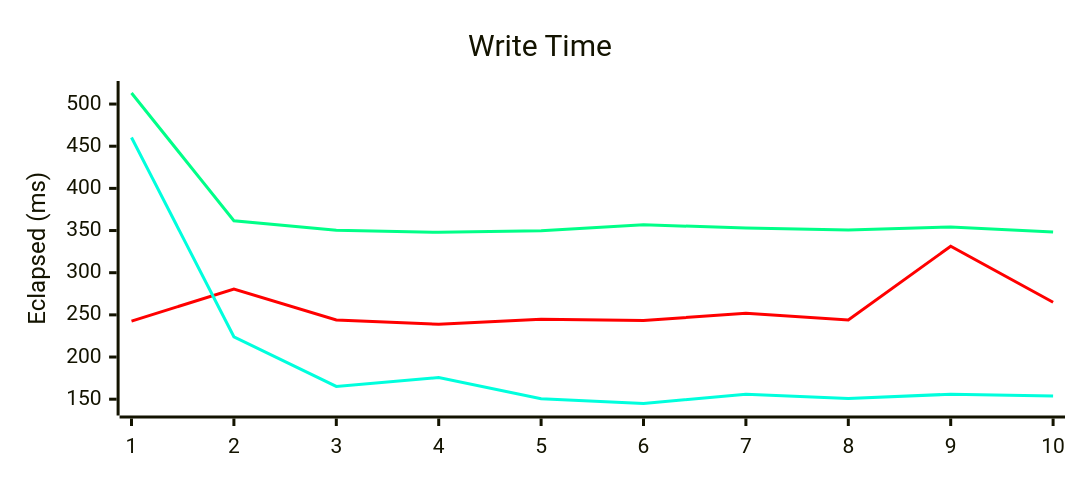
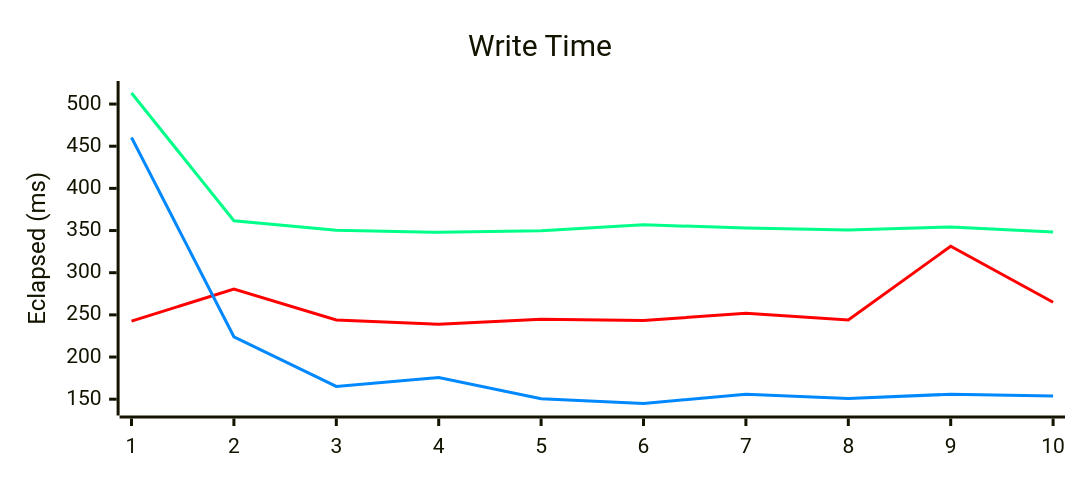
Before and after one commit to RDCN-Community-Developers/RhythmToolkit: the third of 3 diagrams in README.md, drawn with Mermaid. The commit also changed other lines of this file and 1 other file, not shown here.

````diff
--- a/README.md
+++ b/README.md
@@ -100,19 +100,19 @@
 ```mermaid
 ---
 config:
     xyChart:
         height: 300
     themeVariables:
         xyChart:
-            plotColorPalette: '#FF0000, #00FF88, #00FFDD'
+            plotColorPalette: '#FF0000, #00FF88, #0088FF'
 ---
 xychart
   title "Write Time"
     y-axis "Eclapsed (ms)"
     %% RDLE
     line [242.5163, 280.5837, 243.9327, 238.8927, 244.9178, 243.3303, 251.8815, 243.9217, 331.3641, 265.0274]
     %% RDTK .NET Standard 2.0
     line [513.1026, 361.6694, 350.3818, 347.8336, 349.8539, 356.7689, 353.0014, 350.7653, 354.2552, 348.2180]
     %% RDTK .NET 8.0
     line [460.3911, 224.0186, 165.0900, 175.7229, 150.6010, 144.8973, 155.9880, 150.8031, 155.9035, 153.7161]
 ```
````
